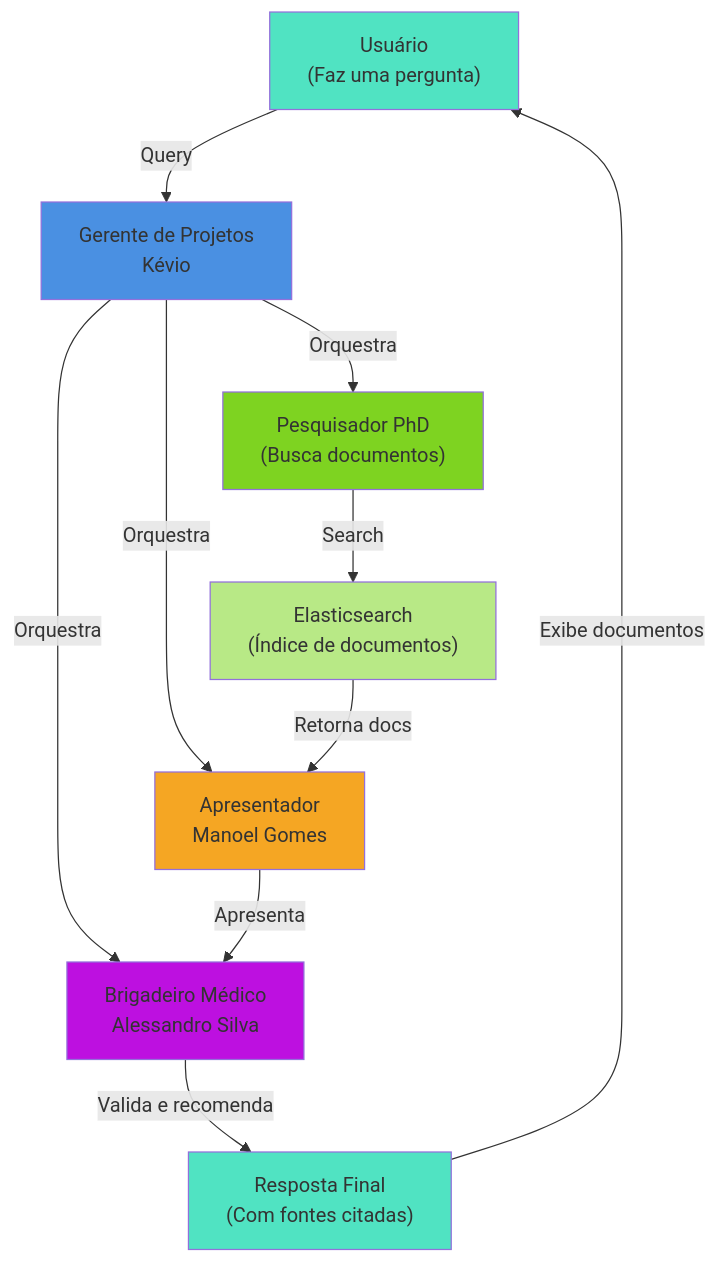
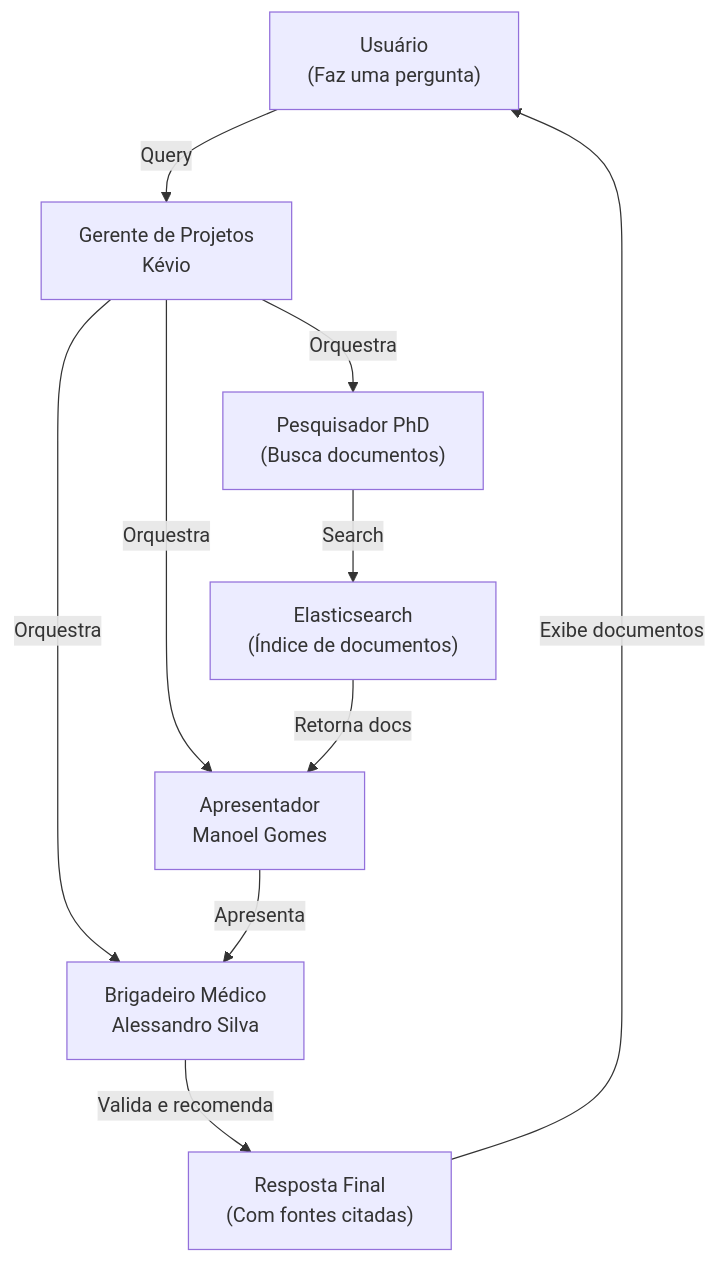
One commit to Mateus-Lacerda/health_com changed the second of 2 diagrams in README.md. Above: the diagram before and after it, drawn with Mermaid.

Commit message:
refactor: remove unused styles from agent diagram in README.md

````diff
--- a/README.md
+++ b/README.md
@@ -130,30 +130,23 @@
 ```mermaid
 graph TD
     User["Usuário<br/>(Faz uma pergunta)"]
     Manager["Gerente de Projetos<br/>Kévio"]
     Researcher["Pesquisador PhD<br/>(Busca documentos)"]
     Conversational["Apresentador<br/>Manoel Gomes"]
     Expert["Brigadeiro Médico<br/>Alessandro Silva"]
     
     ES["Elasticsearch<br/>(Índice de documentos)"]
     Response["Resposta Final<br/>(Com fontes citadas)"]
     
     User -->|Query| Manager
     Manager -->|Orquestra| Researcher
     Manager -->|Orquestra| Conversational
     Manager -->|Orquestra| Expert
     
     Researcher -->|Search| ES
     ES -->|Retorna docs| Conversational
     Conversational -->|Apresenta| Expert
     Expert -->|Valida e recomenda| Response
     Response -->|Exibe documentos| User
-    
-    style Manager fill:#4A90E2
-    style Researcher fill:#7ED321
-    style Conversational fill:#F5A623
-    style Expert fill:#BD10E0
-    style User fill:#50E3C2
-    style Response fill:#50E3C2
-    style ES fill:#B8E986
+
 ```
````
